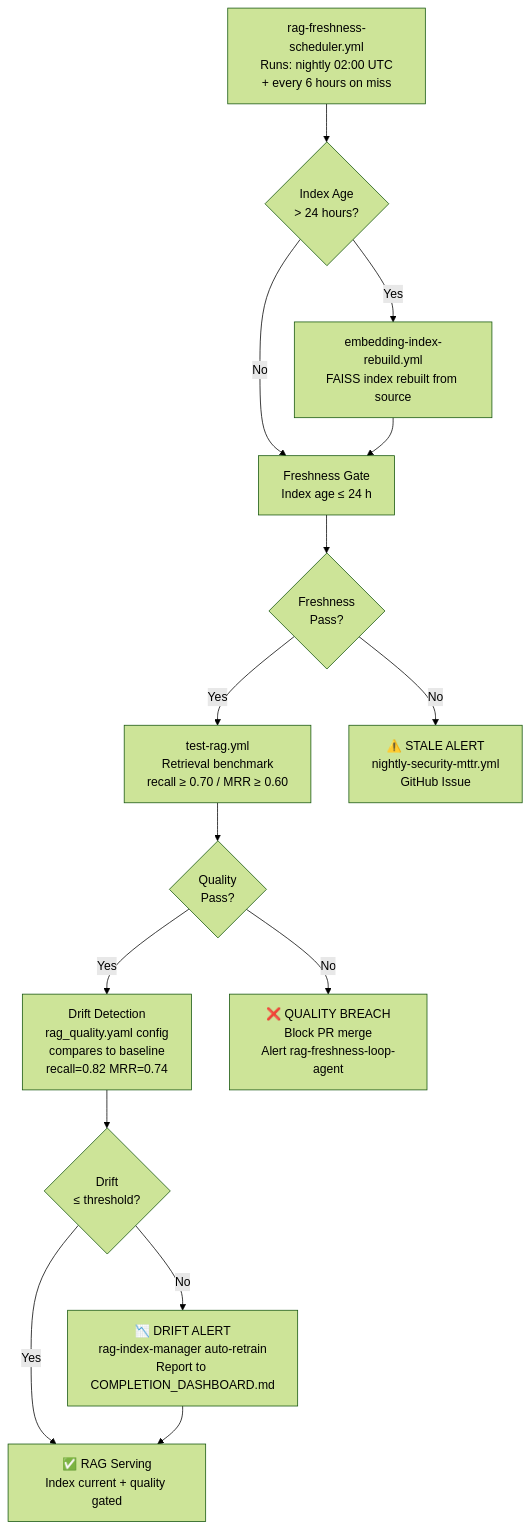
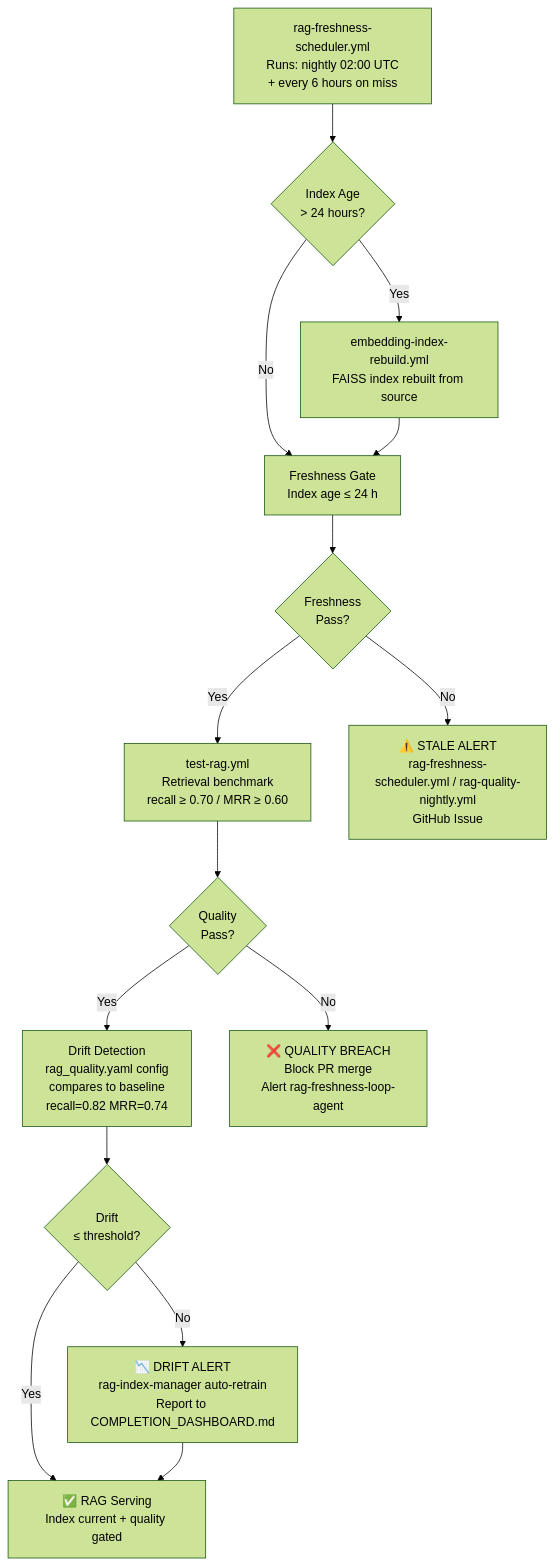
The diagram in docs/rag/RAG_FRESHNESS_SLA.md (Aries-Serpent/_codex_), drawn with Mermaid (forest theme) before and after one commit. The commit also changed 20 other files, not shown here.

````diff
--- a/docs/rag/RAG_FRESHNESS_SLA.md
+++ b/docs/rag/RAG_FRESHNESS_SLA.md
@@ -21,34 +21,34 @@
 ```mermaid
 flowchart TD
     SCHED["rag-freshness-scheduler.yml\nRuns: nightly 02:00 UTC\n+ every 6 hours on miss"]
     AGE{"Index Age\n> 24 hours?"}
     REBUILD["embedding-index-rebuild.yml\nFAISS index rebuilt from source"]
     FRESHCHECK["Freshness Gate\nIndex age ≤ 24 h"]
     FRESH_OK{"Freshness\nPass?"}
 
     QUALITY["test-rag.yml\nRetrieval benchmark\nrecall ≥ 0.70 / MRR ≥ 0.60"]
     QUALITY_OK{"Quality\nPass?"}
 
     DRIFT["Drift Detection\nrag_quality.yaml config\ncompares to baseline\nrecall=0.82 MRR=0.74"]
     DRIFT_OK{"Drift\n≤ threshold?"}
 
     DEPLOY["✅ RAG Serving\nIndex current + quality gated"]
-    STALE_ALERT["⚠️ STALE ALERT\nnightly-security-mttr.yml\nGitHub Issue"]
+    STALE_ALERT["⚠️ STALE ALERT\nrag-freshness-scheduler.yml / rag-quality-nightly.yml\nGitHub Issue"]
     QUALITY_ALERT["❌ QUALITY BREACH\nBlock PR merge\nAlert rag-freshness-loop-agent"]
     DRIFT_ALERT["📉 DRIFT ALERT\nrag-index-manager auto-retrain\nReport to COMPLETION_DASHBOARD.md"]
 
     SCHED --> AGE
     AGE -->|No| FRESHCHECK
     AGE -->|Yes| REBUILD
     REBUILD --> FRESHCHECK
     FRESHCHECK --> FRESH_OK
     FRESH_OK -->|Yes| QUALITY
     FRESH_OK -->|No| STALE_ALERT
     QUALITY --> QUALITY_OK
     QUALITY_OK -->|Yes| DRIFT
     QUALITY_OK -->|No| QUALITY_ALERT
     DRIFT --> DRIFT_OK
     DRIFT_OK -->|Yes| DEPLOY
     DRIFT_OK -->|No| DRIFT_ALERT
     DRIFT_ALERT --> DEPLOY
 ```
````
